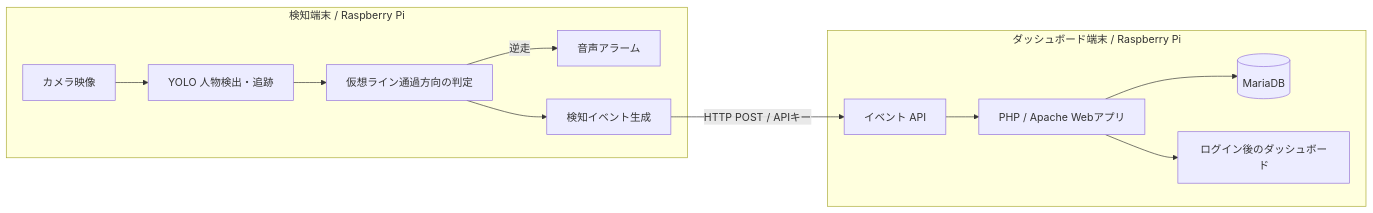
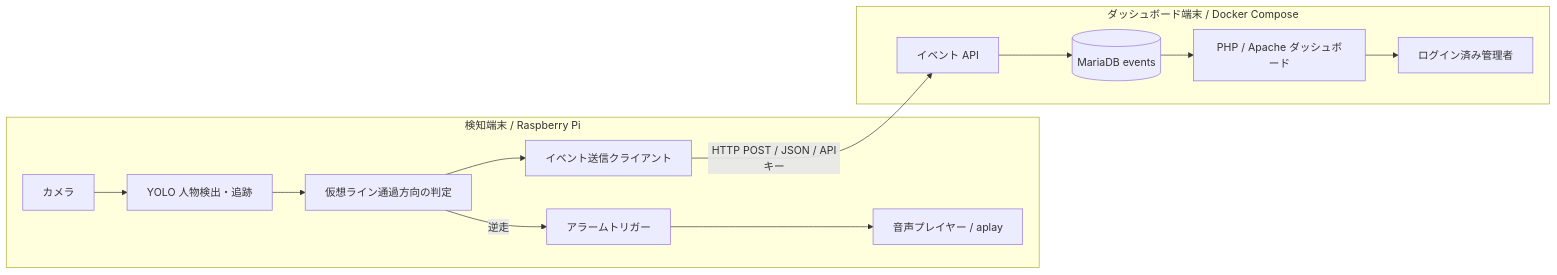
The diagram in README.md (TatsuyaTakigawa/SafeStepAI), drawn with Mermaid before and after one commit. The commit also changed other lines of this file and 1 other file, not shown here.

````diff
--- a/README.md
+++ b/README.md
@@ -33,17 +33,18 @@
 ```mermaid
 flowchart LR
-    subgraph DETECT[検知端末 / Raspberry Pi]
-        CAM[カメラ映像] --> PERSON[YOLO 人物検出・追跡]
-        PERSON --> DIR[仮想ライン通過方向の判定]
-        DIR -->|逆走| ALARM[音声アラーム]
-        DIR --> EVENT[検知イベント生成]
+    subgraph EDGE[検知端末 / Raspberry Pi]
+        CAM[カメラ] --> DET[YOLO 人物検出・追跡]
+        DET --> DIR[仮想ライン通過方向の判定]
+        DIR -->|逆走| TRIGGER[アラームトリガー]
+        TRIGGER --> PLAYER[音声プレイヤー / aplay]
+        DIR --> CLIENT[イベント送信クライアント]
     end
 
-    EVENT -->|HTTP POST / APIキー| API[イベント API]
+    CLIENT -->|HTTP POST / JSON / APIキー| API[イベント API]
 
-    subgraph SERVER[ダッシュボード端末 / Raspberry Pi]
-        API --> WEB[PHP / Apache Webアプリ]
-        WEB --> DB[(MariaDB)]
-        WEB --> DASH[ログイン後のダッシュボード]
+    subgraph SERVER[ダッシュボード端末 / Docker Compose]
+        API --> DB[(MariaDB events)]
+        DB --> WEB[PHP / Apache ダッシュボード]
+        WEB --> ADMIN[ログイン済み管理者]
     end
 ```
````
